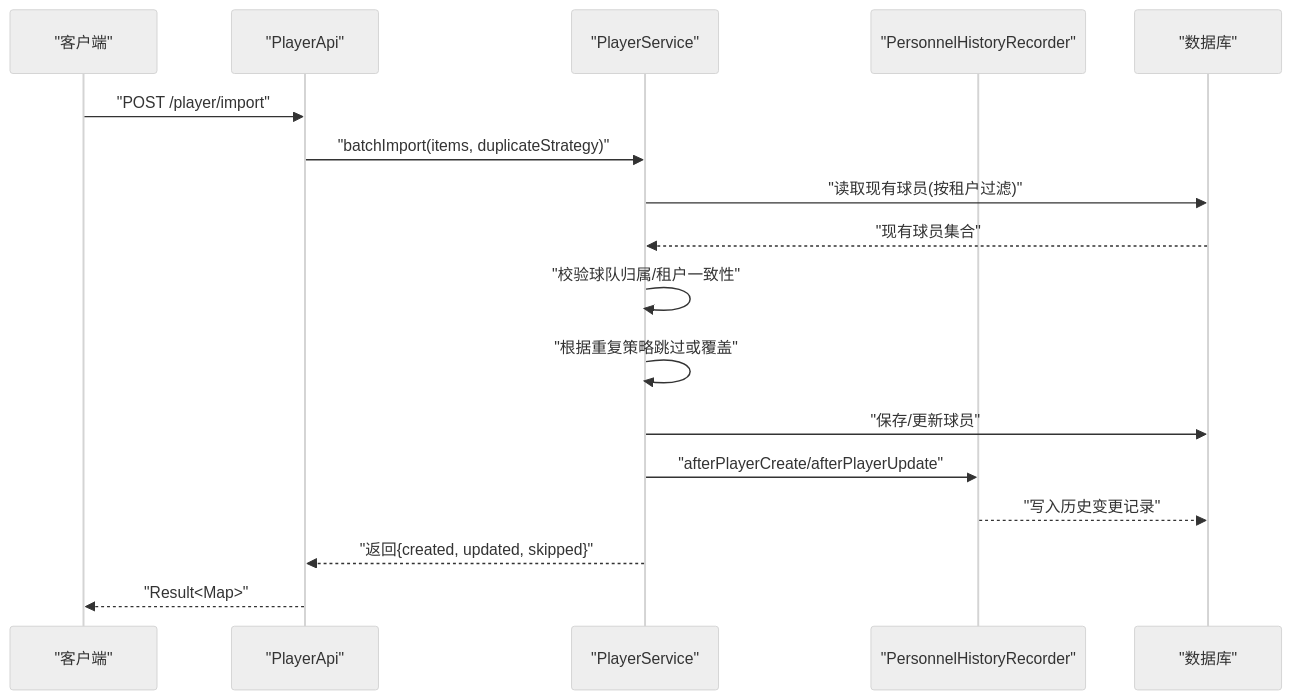
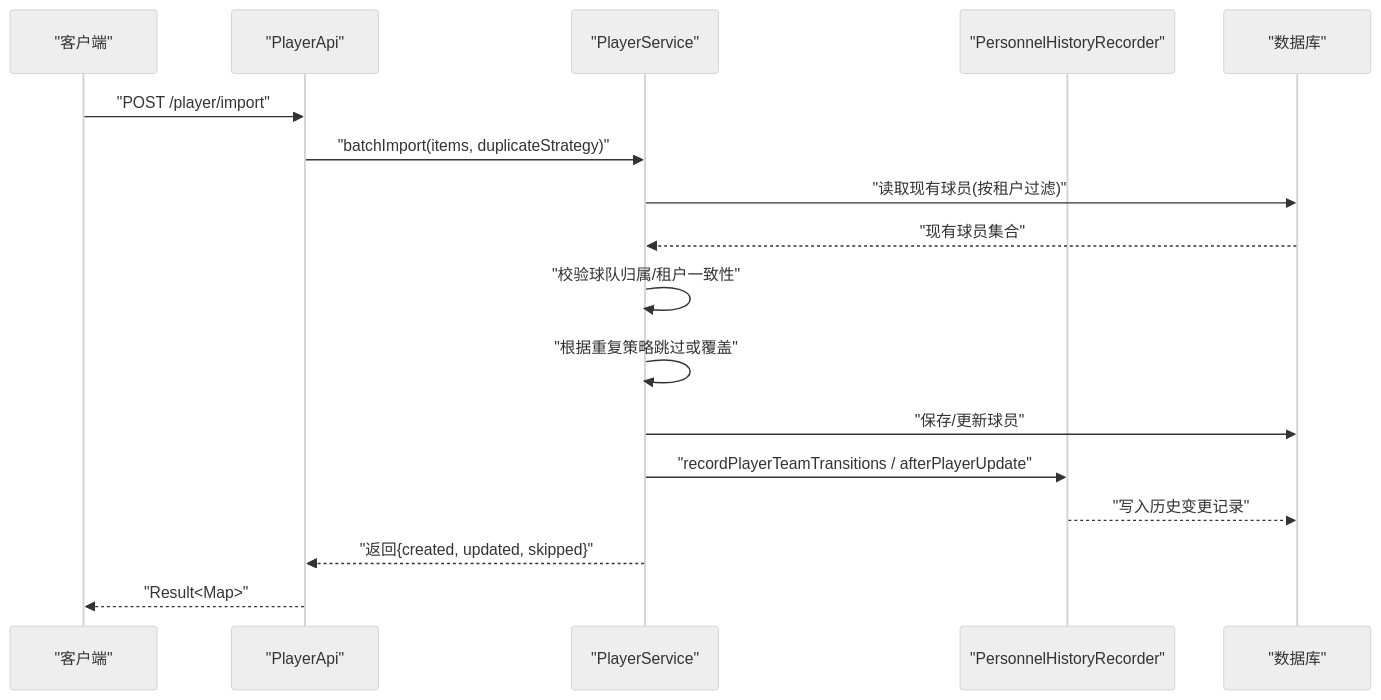
Before and after one commit to skvan/bsdone: the second of 7 diagrams in docs/tech/数据模型设计/核心业务实体/球员实体(Player).md, drawn with Mermaid (neutral theme). The commit also changed other lines of this file and 17 other files, not shown here.

````diff
--- a/docs/tech/数据模型设计/核心业务实体/球员实体(Player).md
+++ b/docs/tech/数据模型设计/核心业务实体/球员实体(Player).md
@@ -54,19 +61,19 @@
 ```mermaid
 sequenceDiagram
 participant Client as "客户端"
 participant API as "PlayerApi"
 participant SVC as "PlayerService"
 participant REC as "PersonnelHistoryRecorder"
 participant DB as "数据库"
 Client->>API : "POST /player/import"
 API->>SVC : "batchImport(items, duplicateStrategy)"
 SVC->>DB : "读取现有球员(按租户过滤)"
 DB-->>SVC : "现有球员集合"
 SVC->>SVC : "校验球队归属/租户一致性"
 SVC->>SVC : "根据重复策略跳过或覆盖"
 SVC->>DB : "保存/更新球员"
-SVC->>REC : "afterPlayerCreate/afterPlayerUpdate"
+SVC->>REC : "recordPlayerTeamTransitions / afterPlayerUpdate"
 REC-->>DB : "写入历史变更记录"
 SVC-->>API : "返回{created, updated, skipped}"
 API-->>Client : "Result<Map>"
 ```
````
